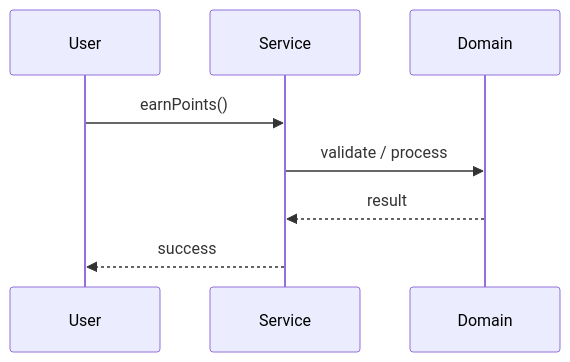
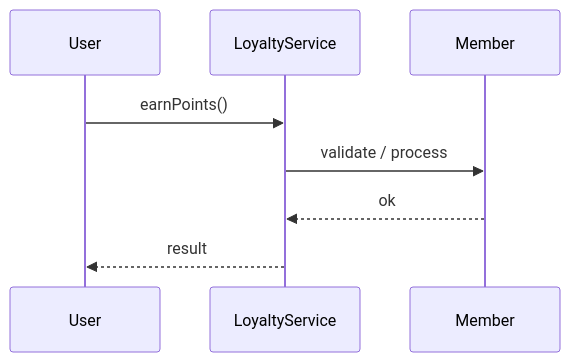
Before and after one commit to madhupaila/Interview-Prep-SSE: the second of 3 diagrams in Learn/System Design - Low Level Design/02-classic-ood/questions/Q50-loyalty-points.md, drawn with Mermaid. The commit also changed other lines of this file and 491 other files, not shown here.

````diff
--- a/Learn/System Design - Low Level Design/02-classic-ood/questions/Q50-loyalty-points.md
+++ b/Learn/System Design - Low Level Design/02-classic-ood/questions/Q50-loyalty-points.md
@@ -122,10 +149,10 @@
 ```mermaid
 sequenceDiagram
-    participant U as User
-    participant S as Service
-    participant D as Domain
-    U->>S: earnPoints()
-    S->>D: validate / process
-    D-->>S: result
-    S-->>U: success
+participant U as User
+participant S as LoyaltyService
+participant D as Member
+U->>S: earnPoints()
+S->>D: validate / process
+D-->>S: ok
+S-->>U: result
 ```
````
